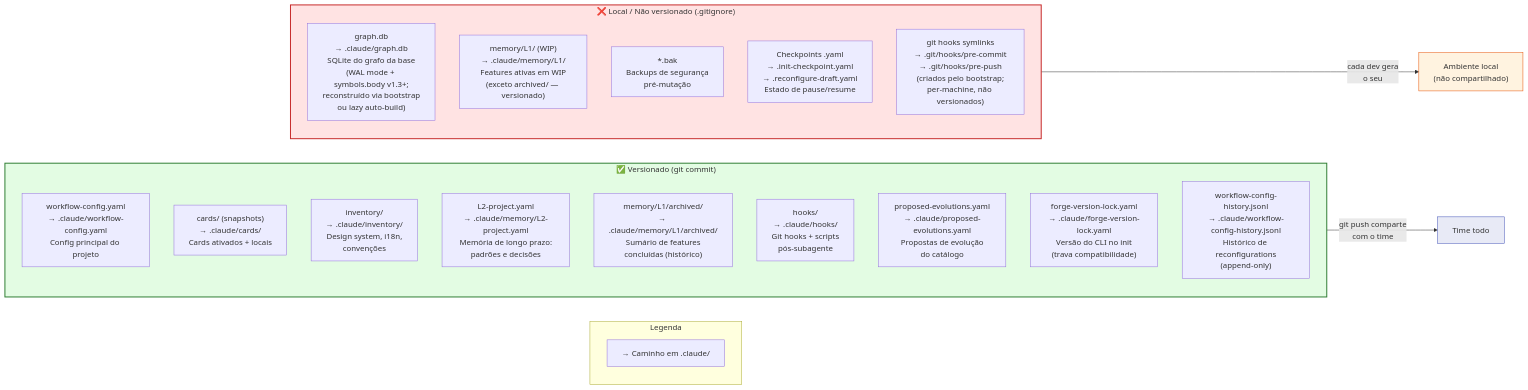
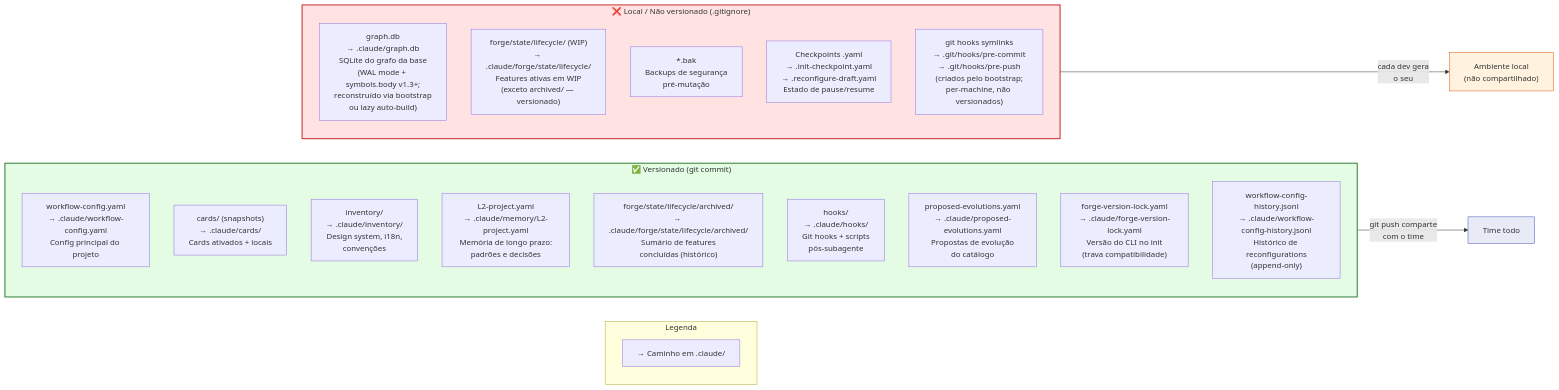
One commit to thgMatajs/feature-forge changed the diagram in docs/diagrams/files-versioned-vs-local.mermaid. Above: the diagram before and after it, drawn with Mermaid. The commit also changed 20 other files, not shown here.

First line of the commit message:
docs(state): doc-sync memory/L1 -> forge/state/lifecycle

```diff
--- a/docs/diagrams/files-versioned-vs-local.mermaid
+++ b/docs/diagrams/files-versioned-vs-local.mermaid
@@ -1,34 +1,34 @@
 flowchart LR
     subgraph LEGACY["Legenda"]
         L_DIR["→ Caminho em .claude/"]
     end
 
     subgraph VERSIONADO["✅ Versionado (git commit)"]
         direction TB
         V1["workflow-config.yaml<br/>→ .claude/workflow-config.yaml<br/>Config principal do projeto"]
         V2["cards/ (snapshots)<br/>→ .claude/cards/<br/>Cards ativados + locais"]
         V3["inventory/<br/>→ .claude/inventory/<br/>Design system, i18n,<br/>convenções"]
         V4["L2-project.yaml<br/>→ .claude/memory/L2-project.yaml<br/>Memória de longo prazo:<br/>padrões e decisões"]
-        V5["memory/L1/archived/<br/>→ .claude/memory/L1/archived/<br/>Sumário de features<br/>concluídas (histórico)"]
+        V5["forge/state/lifecycle/archived/<br/>→ .claude/forge/state/lifecycle/archived/<br/>Sumário de features<br/>concluídas (histórico)"]
         V6["hooks/<br/>→ .claude/hooks/<br/>Git hooks + scripts<br/>pós-subagente"]
         V7["proposed-evolutions.yaml<br/>→ .claude/proposed-evolutions.yaml<br/>Propostas de evolução<br/>do catálogo"]
         V8["forge-version-lock.yaml<br/>→ .claude/forge-version-lock.yaml<br/>Versão do CLI no init<br/>(trava compatibilidade)"]
         V9["workflow-config-history.jsonl<br/>→ .claude/workflow-config-history.jsonl<br/>Histórico de reconfigurations<br/>(append-only)"]
     end
 
     subgraph LOCAL["❌ Local / Não versionado (.gitignore)"]
         direction TB
         L1["graph.db<br/>→ .claude/graph.db<br/>SQLite do grafo da base<br/>(WAL mode + symbols.body v1.3+;<br/>reconstruído via bootstrap<br/>ou lazy auto-build)"]
-        L2["memory/L1/ (WIP)<br/>→ .claude/memory/L1/<br/>Features ativas em WIP<br/>(exceto archived/ — versionado)"]
+        L2["forge/state/lifecycle/ (WIP)<br/>→ .claude/forge/state/lifecycle/<br/>Features ativas em WIP<br/>(exceto archived/ — versionado)"]
         L3["*.bak<br/>Backups de segurança<br/>pré-mutação"]
         L4["Checkpoints .yaml<br/>→ .init-checkpoint.yaml<br/>→ .reconfigure-draft.yaml<br/>Estado de pause/resume"]
         L5["git hooks symlinks<br/>→ .git/hooks/pre-commit<br/>→ .git/hooks/pre-push<br/>(criados pelo bootstrap;<br/>per-machine, não versionados)"]
     end
 
     VERSIONADO -->|"git push comparte<br/>com o time"| TIME["Time todo"]
     LOCAL -->|"cada dev gera<br/>o seu"| LOCAL_DEV["Ambiente local<br/>(não compartilhado)"]
 
     style VERSIONADO fill:#e3fce3,stroke:#2e7d32,stroke-width:2px
     style LOCAL fill:#ffe3e3,stroke:#c62828,stroke-width:2px
     style TIME fill:#e8eaf6,stroke:#3f51b5
     style LOCAL_DEV fill:#fff3e0,stroke:#e65100
```
